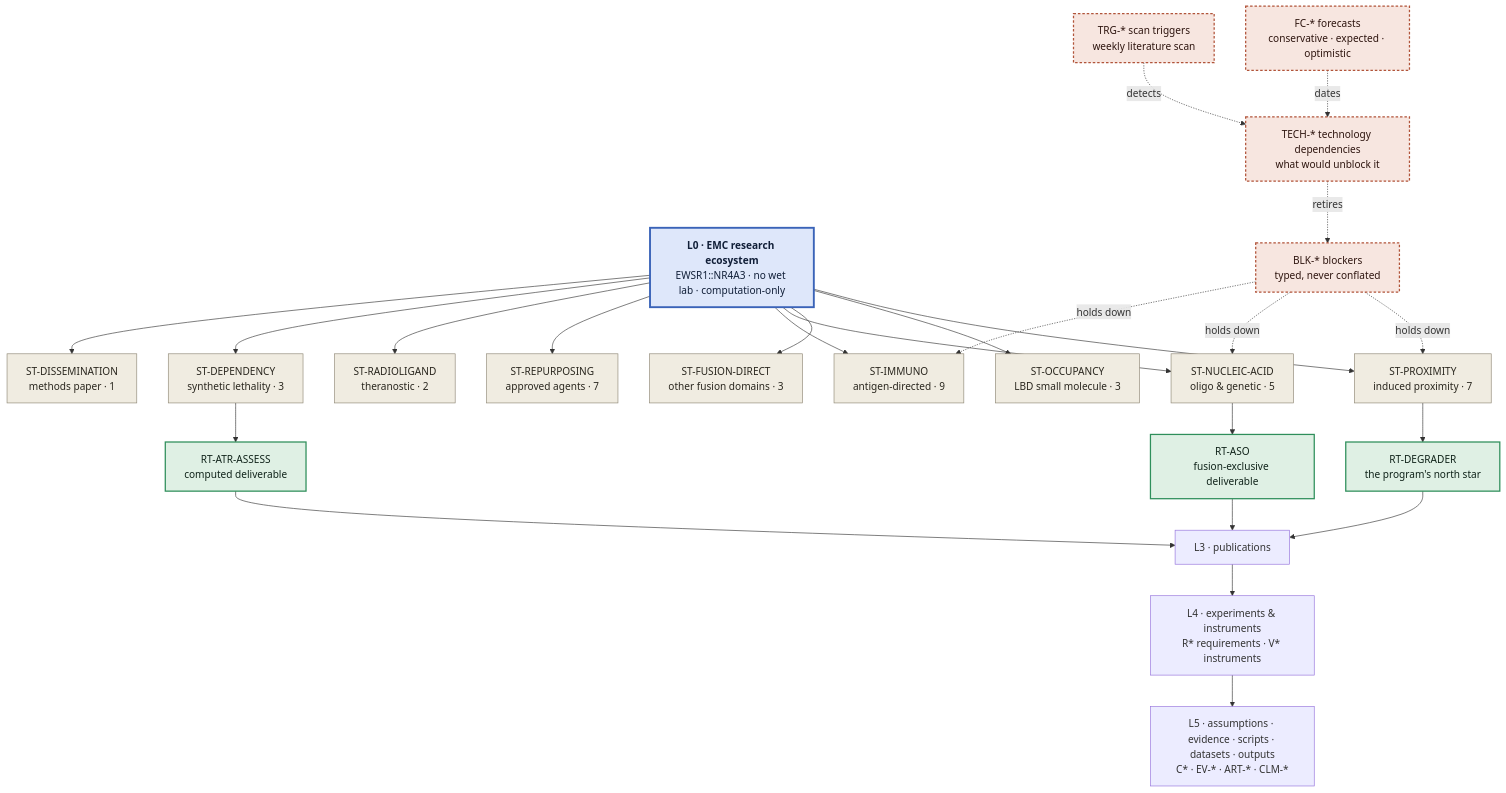
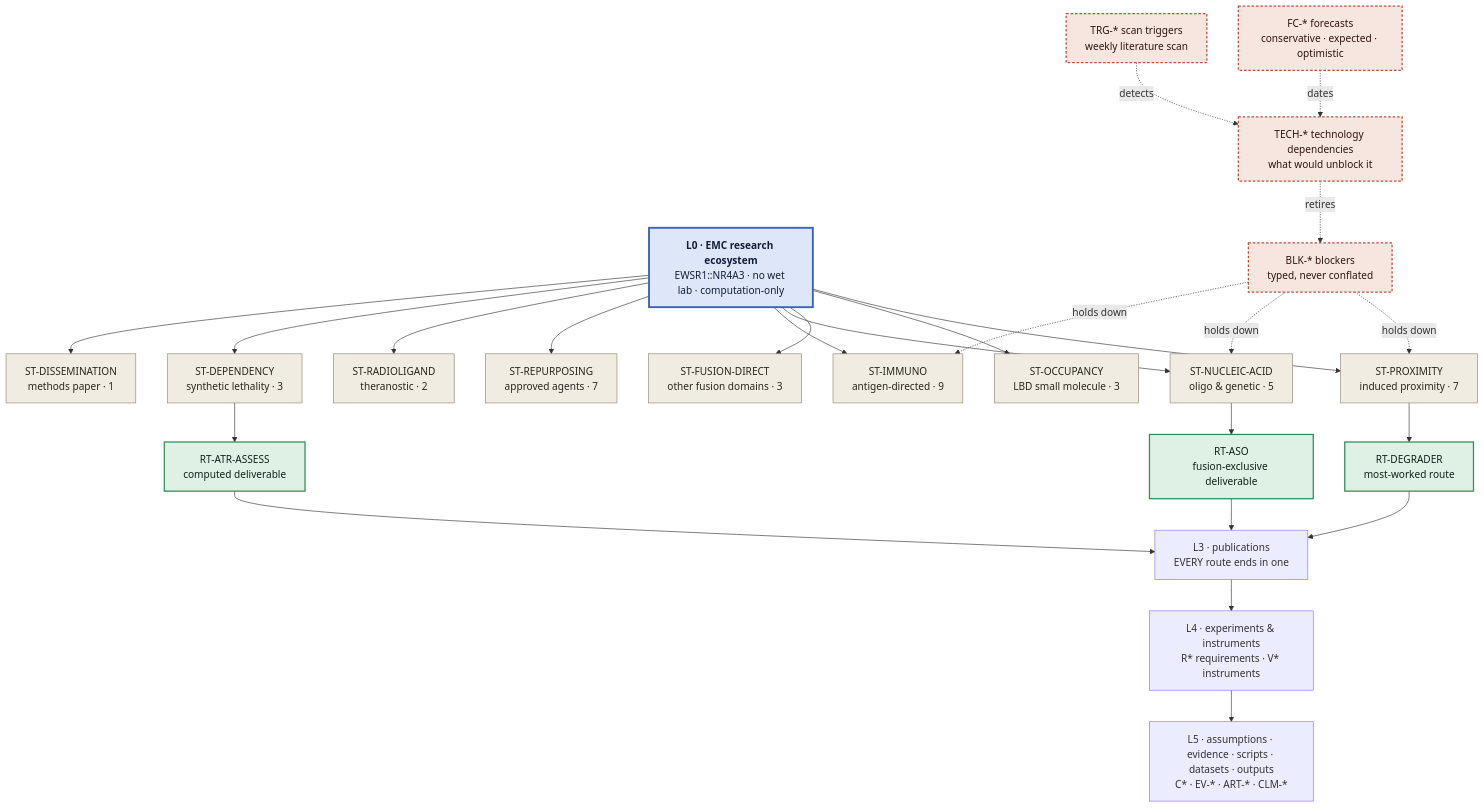
Before and after one commit to trimcrae/Rare-cancers: the diagram in systems/ARCHITECTURE.md, drawn with Mermaid. The commit also changed other lines of this file and 68 other files, not shown here.

First line of the commit message:
Model every route's publication endpoint; retire the degrader as north star

````diff
--- a/systems/ARCHITECTURE.md
+++ b/systems/ARCHITECTURE.md
@@ -218,40 +270,40 @@
 ```mermaid
 graph TD
   L0["<b>L0 · EMC research ecosystem</b><br/>EWSR1::NR4A3 · no wet lab · computation-only"]
 
   L0 --> PROX["ST-PROXIMITY<br/>induced proximity · 7"]
   L0 --> OCC["ST-OCCUPANCY<br/>LBD small molecule · 3"]
   L0 --> FUS["ST-FUSION-DIRECT<br/>other fusion domains · 3"]
   L0 --> NUC["ST-NUCLEIC-ACID<br/>oligo &amp; genetic · 5"]
   L0 --> IMM["ST-IMMUNO<br/>antigen-directed · 9"]
   L0 --> REP["ST-REPURPOSING<br/>approved agents · 7"]
   L0 --> RAD["ST-RADIOLIGAND<br/>theranostic · 2"]
   L0 --> DEP["ST-DEPENDENCY<br/>synthetic lethality · 3"]
   L0 --> DIS["ST-DISSEMINATION<br/>methods paper · 1"]
 
-  PROX --> RTD["RT-DEGRADER<br/>the program's north star"]
+  PROX --> RTD["RT-DEGRADER<br/>most-worked route"]
   NUC --> RTA["RT-ASO<br/>fusion-exclusive deliverable"]
   DEP --> RTATR["RT-ATR-ASSESS<br/>computed deliverable"]
 
-  RTD --> PUB["L3 · publications"]
+  RTD --> PUB["L3 · publications<br/>EVERY route ends in one"]
   RTA --> PUB
   RTATR --> PUB
   PUB --> EXP["L4 · experiments &amp; instruments<br/>R* requirements · V* instruments"]
   EXP --> EV["L5 · assumptions · evidence · scripts · datasets · outputs<br/>C* · EV-* · ART-* · CLM-*"]
 
   BLK["BLK-* blockers<br/>typed, never conflated"] -.holds down.-> PROX
   BLK -.holds down.-> NUC
   BLK -.holds down.-> IMM
   TECH["TECH-* technology dependencies<br/>what would unblock it"] -.retires.-> BLK
   FC["FC-* forecasts<br/>conservative · expected · optimistic"] -.dates.-> TECH
   TRG["TRG-* scan triggers<br/>weekly literature scan"] -.detects.-> TECH
 
   classDef l0 fill:#dee7fa,stroke:#3a63b8,stroke-width:3px,color:#111f38;
   classDef fam fill:#f0ece1,stroke:#8d8674,stroke-width:1px,color:#2a271f;
   classDef lead fill:#dff0e4,stroke:#2f8f5b,stroke-width:2px,color:#10231a;
   classDef xcut fill:#f7e6e0,stroke:#b1543a,stroke-width:2px,color:#2e150f,stroke-dasharray:4 3;
   class L0 l0;
   class PROX,OCC,FUS,NUC,IMM,REP,RAD,DEP,DIS fam;
   class RTD,RTA,RTATR lead;
   class BLK,TECH,FC,TRG xcut;
 ```
````
